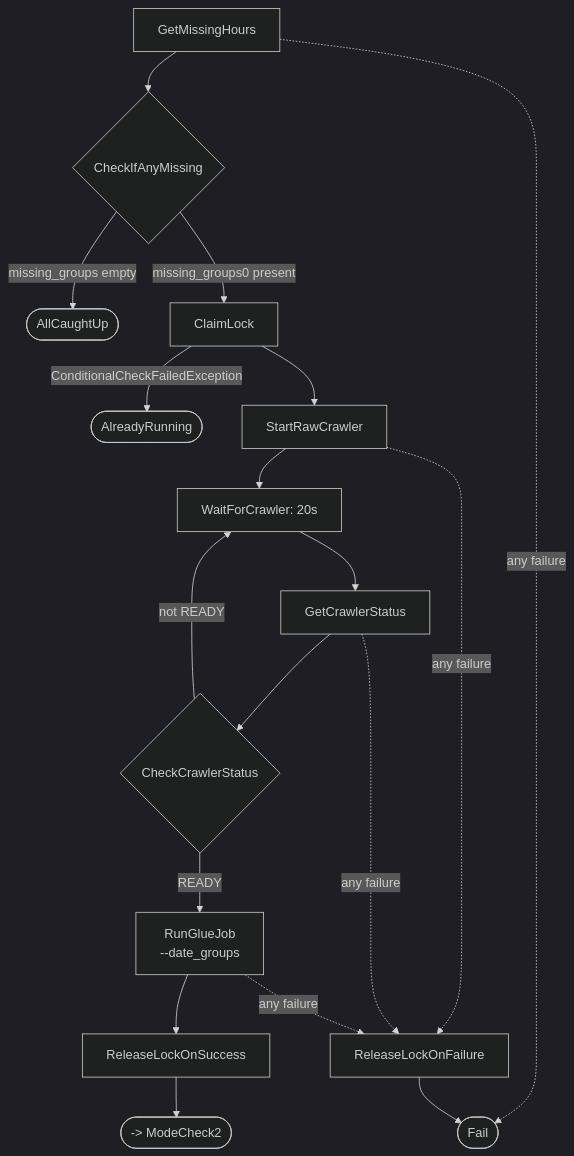
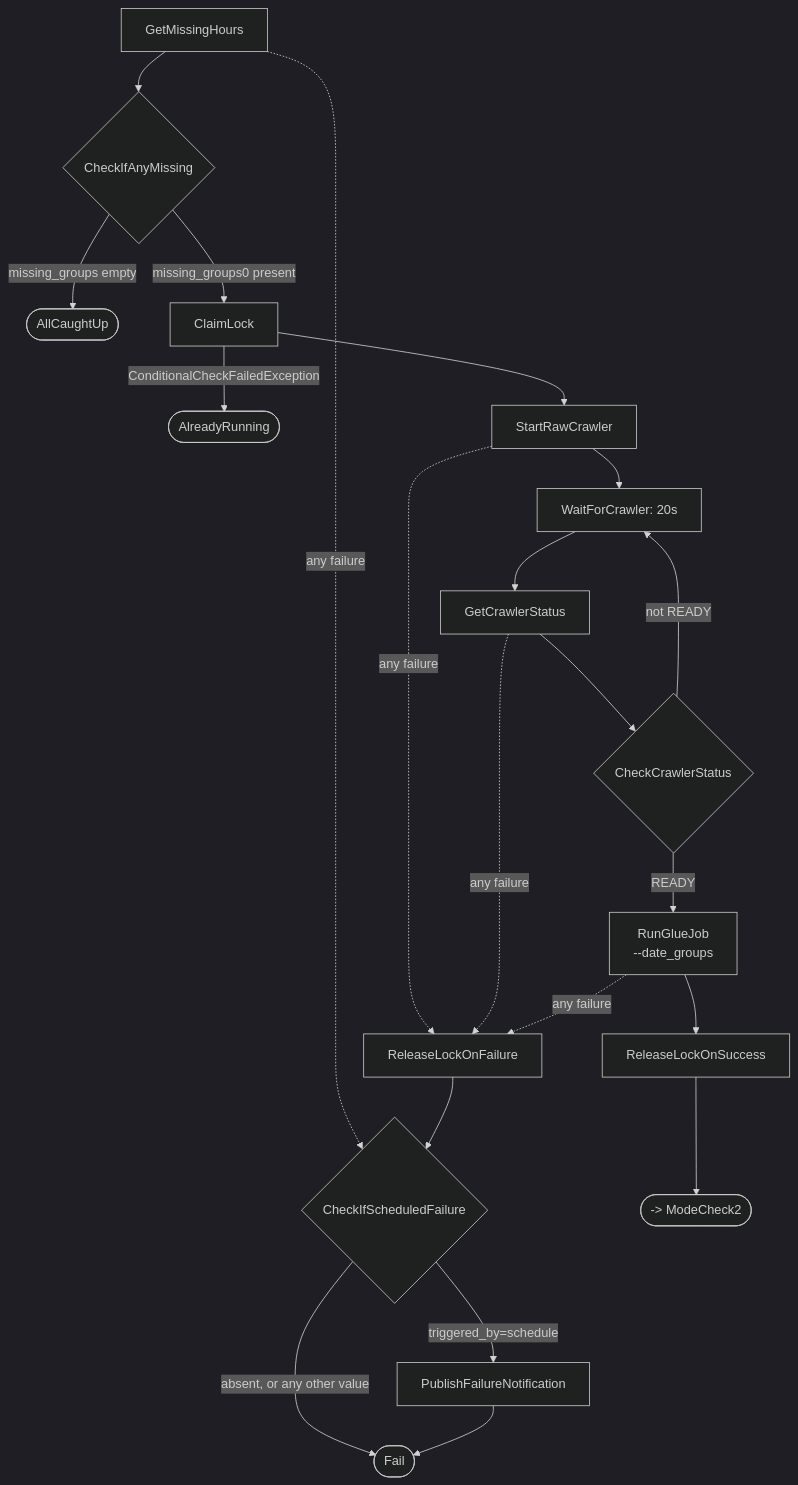
Before and after one commit to saket-kumar-de/PulseGrid: the second of 3 diagrams in docs/architecture-flow.md, drawn with Mermaid (dark theme). The commit also changed other lines of this file and 12 other files, not shown here.

````diff
--- a/docs/architecture-flow.md
+++ b/docs/architecture-flow.md
@@ -46,21 +62,24 @@
 ```mermaid
 graph TD
     GMH[GetMissingHours] --> CIM{CheckIfAnyMissing}
-    GMH -.any failure.-> FAIL([Fail])
+    GMH -.any failure.-> CSF
     CIM -->|missing_groups empty| AC([AllCaughtUp])
     CIM -->|missing_groups0 present| CL[ClaimLock]
     CL -->|ConditionalCheckFailedException| AR([AlreadyRunning])
     CL --> SRC[StartRawCrawler]
     SRC --> WFC[WaitForCrawler: 20s]
     WFC --> GCS[GetCrawlerStatus]
     GCS --> CCS{CheckCrawlerStatus}
     CCS -->|not READY| WFC
     CCS -->|READY| RGJ[RunGlueJob<br/>--date_groups]
     RGJ --> RLS[ReleaseLockOnSuccess]
     RLS --> MC2OUT([-> ModeCheck2])
 
     SRC -.any failure.-> RLF[ReleaseLockOnFailure]
     GCS -.any failure.-> RLF
     RGJ -.any failure.-> RLF
-    RLF --> FAIL
+    RLF --> CSF{CheckIfScheduledFailure}
+    CSF -->|triggered_by=schedule| PFN[PublishFailureNotification]
+    CSF -->|absent, or any other value| FAIL([Fail])
+    PFN --> FAIL
 ```
````
